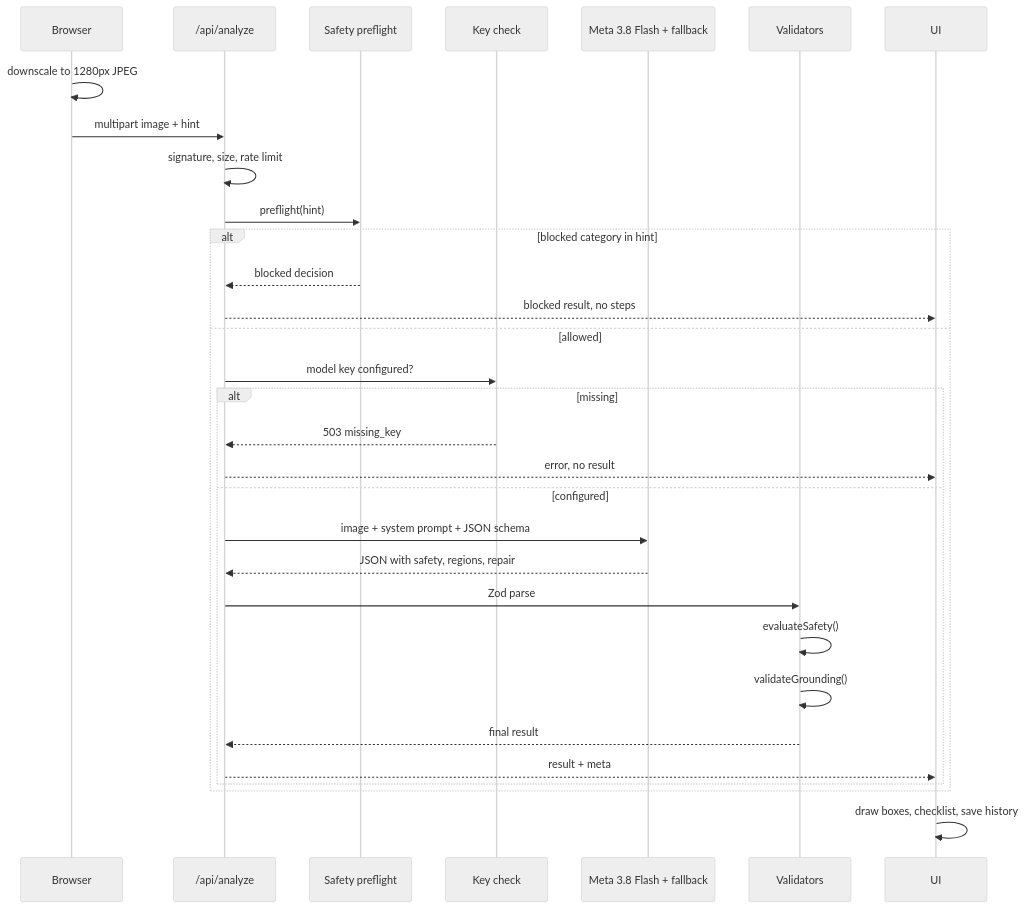
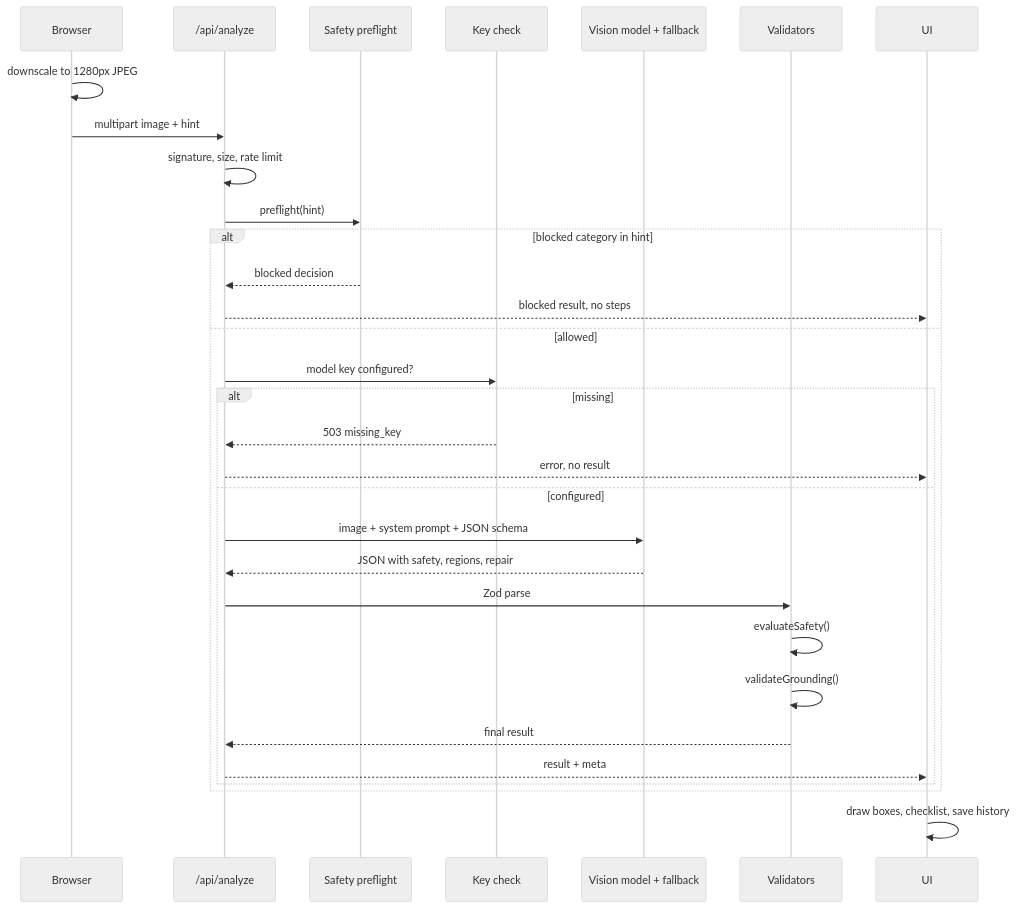
Before and after one commit to Dikaaff/manualmate: the second of 3 diagrams in docs/ARCHITECTURE.md, drawn with Mermaid (neutral theme). The commit also changed other lines of this file and 18 other files, not shown here.

Commit message:
Use configurable vision model adapter and refresh brand mark

````diff
--- a/docs/ARCHITECTURE.md
+++ b/docs/ARCHITECTURE.md
@@ -67,34 +67,34 @@
 ```mermaid
 sequenceDiagram
   participant B as Browser
   participant R as /api/analyze
   participant S as Safety preflight
   participant K as Key check
-  participant G as Meta 3.8 Flash + fallback
+  participant G as Vision model + fallback
   participant V as Validators
   participant U as UI
 
   B->>B: downscale to 1280px JPEG
   B->>R: multipart image + hint
   R->>R: signature, size, rate limit
   R->>S: preflight(hint)
   alt blocked category in hint
     S-->>R: blocked decision
     R-->>U: blocked result, no steps
   else allowed
     R->>K: model key configured?
     alt missing
       K-->>R: 503 missing_key
       R-->>U: error, no result
     else configured
       R->>G: image + system prompt + JSON schema
       G-->>R: JSON with safety, regions, repair
       R->>V: Zod parse
       V->>V: evaluateSafety()
       V->>V: validateGrounding()
       V-->>R: final result
       R-->>U: result + meta
     end
   end
   U->>U: draw boxes, checklist, save history
 ```
````
